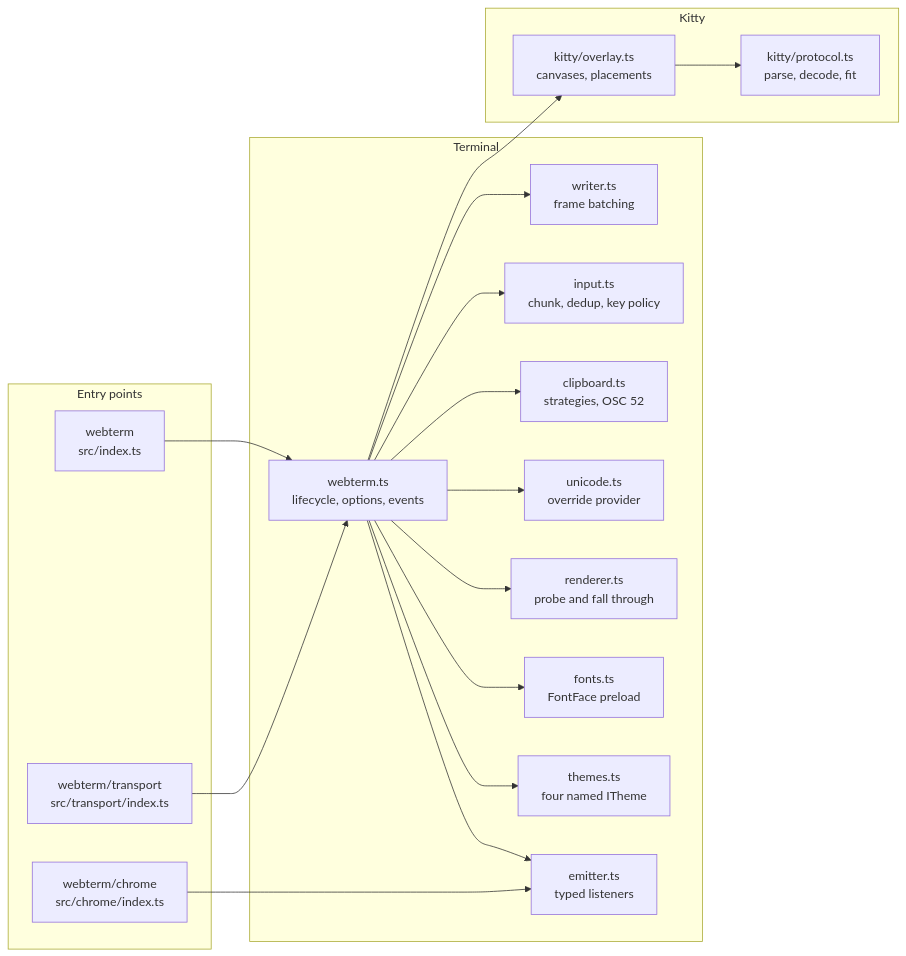
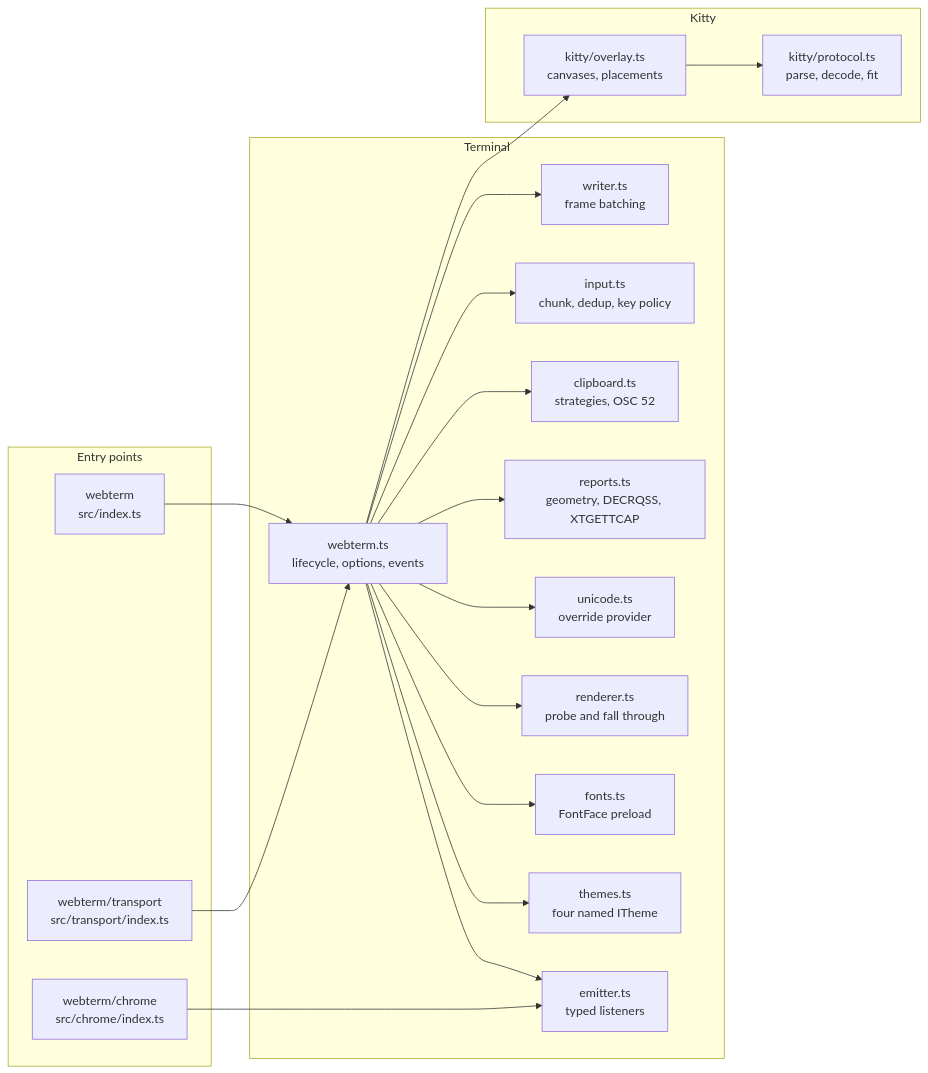
One commit to Gaurav-Gosain/webterm changed the diagram in docs/architecture.md. Above: the diagram before and after it, drawn with Mermaid. The commit also changed other lines of this file and 12 other files, not shown here.

First line of the commit message:
feat(reports): answer the geometry, cursor style and terminfo queries

````diff
--- a/docs/architecture.md
+++ b/docs/architecture.md
@@ -7,31 +7,32 @@
 ```mermaid
 flowchart LR
   subgraph Entry["Entry points"]
     A[webterm<br/>src/index.ts]
     B[webterm/transport<br/>src/transport/index.ts]
     C[webterm/chrome<br/>src/chrome/index.ts]
   end
 
   subgraph Term["Terminal"]
     WT[webterm.ts<br/>lifecycle, options, events]
     WR[writer.ts<br/>frame batching]
     IN[input.ts<br/>chunk, dedup, key policy]
     CL[clipboard.ts<br/>strategies, OSC 52]
+    RP[reports.ts<br/>geometry, DECRQSS, XTGETTCAP]
     UN[unicode.ts<br/>override provider]
     RE[renderer.ts<br/>probe and fall through]
     FO[fonts.ts<br/>FontFace preload]
     TH[themes.ts<br/>four named ITheme]
     EM[emitter.ts<br/>typed listeners]
   end
 
   subgraph Graphics["Kitty"]
     KP[kitty/protocol.ts<br/>parse, decode, fit]
     KO[kitty/overlay.ts<br/>canvases, placements]
   end
 
   A --> WT
-  WT --> WR & IN & CL & UN & RE & FO & TH & EM
+  WT --> WR & IN & CL & RP & UN & RE & FO & TH & EM
   WT --> KO --> KP
   B --> WT
   C --> EM
 ```
````
